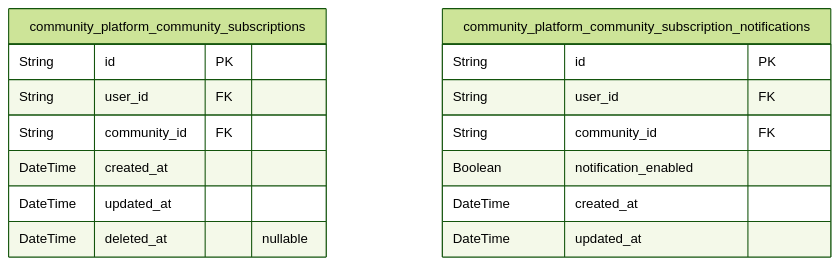
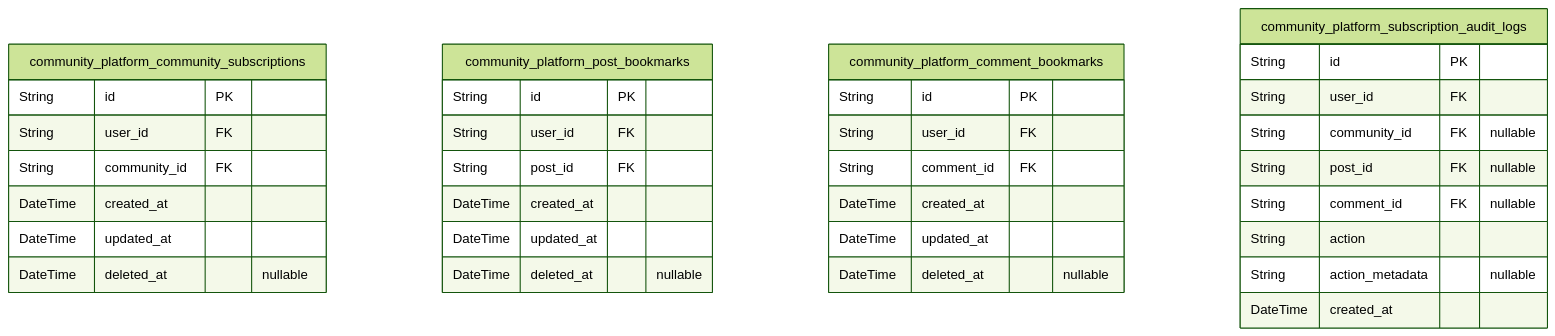
The seventh of 11 diagrams in openai/gpt-4.1/reddit/docs/ERD.md (wrtnlabs/autobe-examples), drawn with Mermaid (forest theme) before and after one commit. The commit also changed other lines of this file and 22498 other files, not shown here.

````diff
--- a/openai/gpt-4.1/reddit/docs/ERD.md
+++ b/openai/gpt-4.1/reddit/docs/ERD.md
@@ -984,19 +1368,37 @@
 ```mermaid
 erDiagram
 "community_platform_community_subscriptions" {
   String id PK
   String user_id FK
   String community_id FK
   DateTime created_at
   DateTime updated_at
   DateTime deleted_at "nullable"
 }
-"community_platform_community_subscription_notifications" {
+"community_platform_post_bookmarks" {
   String id PK
   String user_id FK
-  String community_id FK
-  Boolean notification_enabled
+  String post_id FK
   DateTime created_at
   DateTime updated_at
+  DateTime deleted_at "nullable"
+}
+"community_platform_comment_bookmarks" {
+  String id PK
+  String user_id FK
+  String comment_id FK
+  DateTime created_at
+  DateTime updated_at
+  DateTime deleted_at "nullable"
+}
+"community_platform_subscription_audit_logs" {
+  String id PK
+  String user_id FK
+  String community_id FK "nullable"
+  String post_id FK "nullable"
+  String comment_id FK "nullable"
+  String action
+  String action_metadata "nullable"
+  DateTime created_at
 }
 ```
````
